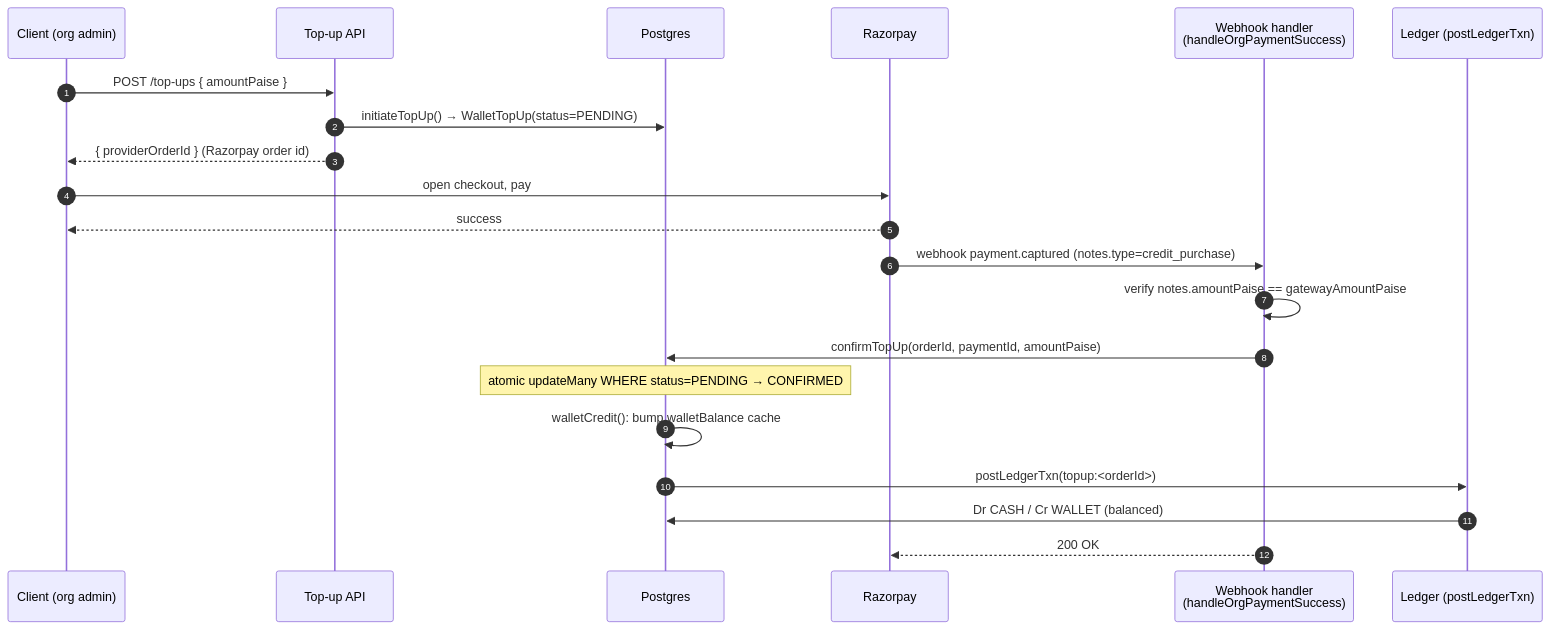
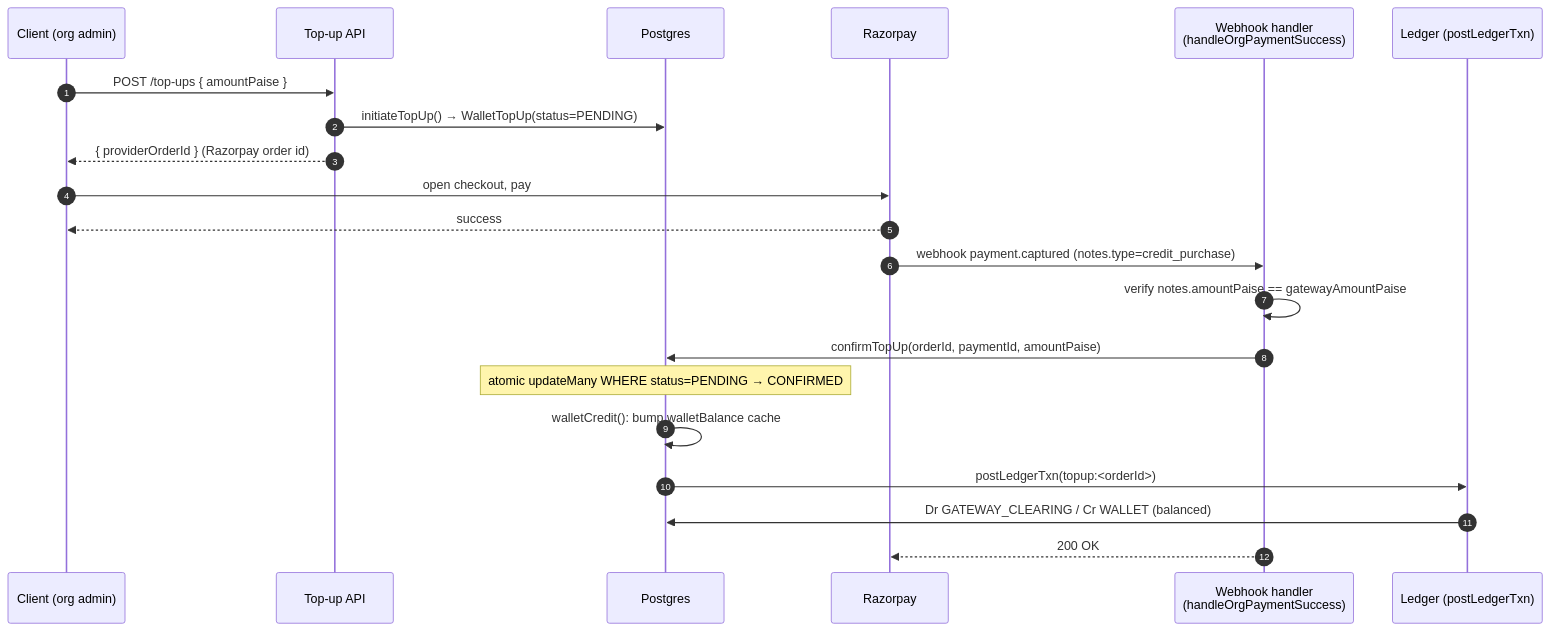
One commit to Practitionist/familiarise_web changed the second of 2 diagrams in docs/enterprise/10-money-and-ledger/04-wallet-and-topups.md. Above: the diagram before and after it, drawn with Mermaid. The commit also changed other lines of this file and 34 other files, not shown here.

````diff
--- a/docs/enterprise/10-money-and-ledger/04-wallet-and-topups.md
+++ b/docs/enterprise/10-money-and-ledger/04-wallet-and-topups.md
@@ -68,24 +68,24 @@
 ```mermaid
 sequenceDiagram
   autonumber
   participant C as Client (org admin)
   participant API as Top-up API
   participant DB as Postgres
   participant RZP as Razorpay
   participant WH as Webhook handler<br/>(handleOrgPaymentSuccess)
   participant L as Ledger (postLedgerTxn)
 
   C->>API: POST /top-ups { amountPaise }
   API->>DB: initiateTopUp() → WalletTopUp(status=PENDING)
   API-->>C: { providerOrderId } (Razorpay order id)
   C->>RZP: open checkout, pay
   RZP-->>C: success
   RZP->>WH: webhook payment.captured (notes.type=credit_purchase)
   WH->>WH: verify notes.amountPaise == gatewayAmountPaise
   WH->>DB: confirmTopUp(orderId, paymentId, amountPaise)
   Note over DB: atomic updateMany WHERE status=PENDING → CONFIRMED
   DB->>DB: walletCredit(): bump walletBalance cache
   DB->>L: postLedgerTxn(topup:<orderId>)
-  L->>DB: Dr CASH / Cr WALLET (balanced)
+  L->>DB: Dr GATEWAY_CLEARING / Cr WALLET (balanced)
   WH-->>RZP: 200 OK
 ```
````
